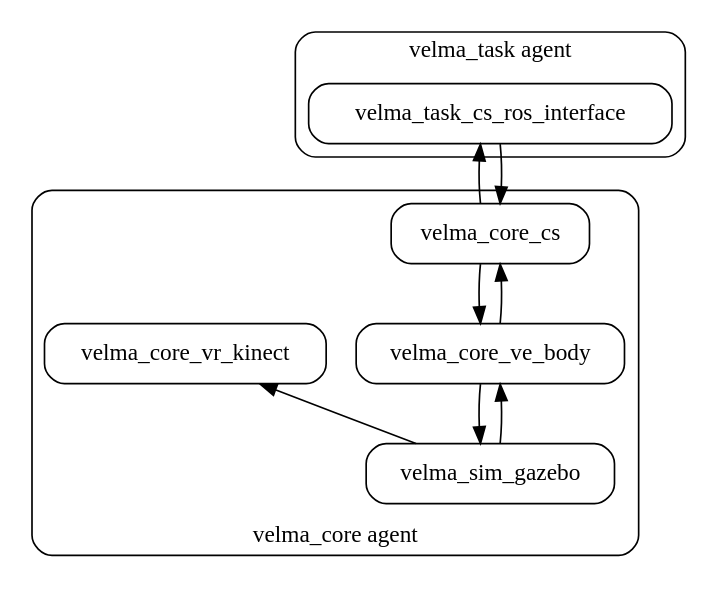
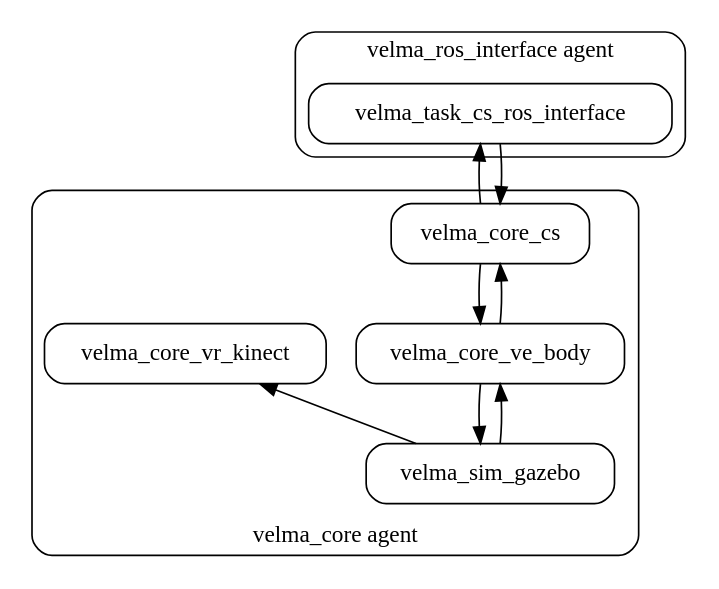
One commit to RCPRG-ros-pkg/velma_docs changed the diagram in public/img/system.dot. Above: the diagram before and after it, drawn with Graphviz. The commit also changed 12 other files, not shown here.

Commit message:
changed velma_task to velma_ros_interface

```diff
--- a/public/img/system.dot
+++ b/public/img/system.dot
@@ -1,24 +1,24 @@
 digraph graphname {
     subgraph cluster_1 {
         style=rounded
         node [style=filled shape=box style=rounded];
         {rank = same; velma_task_cs_ros_interface;}
-        label = "velma_task agent";
+        label = "velma_ros_interface agent";
     }
 
     subgraph cluster_2 {
         style=rounded
         labelloc=b
         node [style=filled shape=box style=rounded];
         velma_core_cs -> velma_core_ve_body -> velma_sim_gazebo;
         velma_sim_gazebo -> velma_core_vr_kinect;
         velma_sim_gazebo -> velma_core_ve_body -> velma_core_cs;
         {rank=sink velma_sim_gazebo;}
         label = "velma_core agent";
     }
 
     velma_task_cs_ros_interface -> velma_core_cs;
     velma_core_cs -> velma_task_cs_ros_interface;
 
     margin=0;   # for whole graph
 }
```
